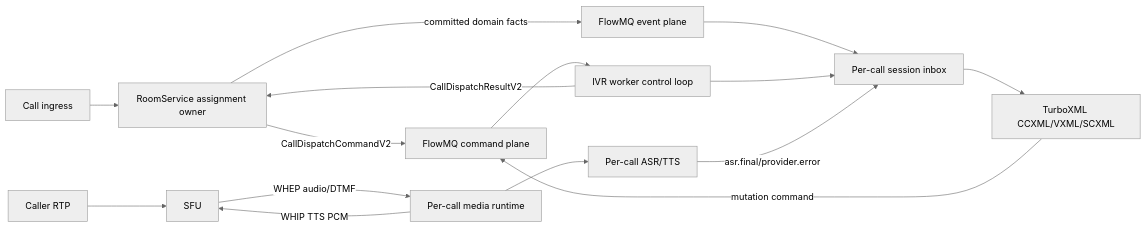
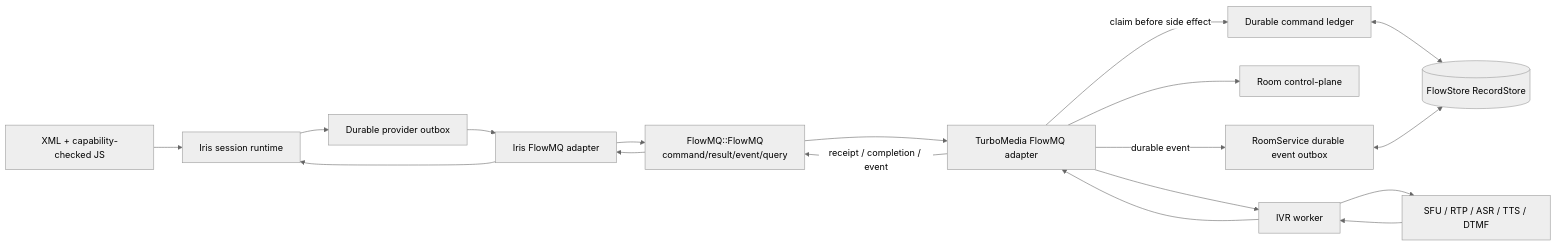
Before and after one commit to qigao/turbomedia: the first of 9 diagrams in webrtc/docs/ivr-production-readiness-design-zh.md, drawn with Mermaid (neutral theme). The commit also changed other lines of this file and 133 other files, not shown here.

Commit message:
refactor(webrtc): work mode update - [x] webtc/sip as standalone server - [x] remove turboxml support from webrtc - [x] sync with FlowMQ update - [x] talk to xml server with flowmq

````diff
--- a/webrtc/docs/ivr-production-readiness-design-zh.md
+++ b/webrtc/docs/ivr-production-readiness-design-zh.md
@@ -65,18 +80,25 @@
 ```mermaid
 flowchart LR
-    I[Call ingress] --> A[RoomService assignment owner]
-    A -->|CallDispatchCommandV2| C[FlowMQ command plane]
-    C --> W[IVR worker control loop]
-    W -->|CallDispatchResultV2| A
-    A -->|committed domain facts| E[FlowMQ event plane]
-    E --> S[Per-call session inbox]
-    W --> S
-    S --> X[TurboXML CCXML/VXML/SCXML]
-    X -->|mutation command| C
+  XML[XML + capability-checked JS]
+  Iris[Iris session runtime]
+  Outbox[Durable provider outbox]
+  IrisFMQ[Iris FlowMQ adapter]
+  FlowMQ[FlowMQ::FlowMQ<br/>command/result/event/query]
+  MediaFMQ[TurboMedia FlowMQ adapter]
+  CommandLedger[Durable command ledger]
+  RoomCore[Room control-plane]
+  Worker[IVR worker]
+  Media[SFU / RTP / ASR / TTS / DTMF]
+  EventOutbox[RoomService durable event outbox]
+  FlowStore[(FlowStore RecordStore)]
 
-    R[Caller RTP] --> F[SFU]
-    F -->|WHEP audio/DTMF| M[Per-call media runtime]
-    M --> P[Per-call ASR/TTS]
-    P -->|asr.final/provider.error| S
-    M -->|WHIP TTS PCM| F
+  XML --> Iris --> Outbox --> IrisFMQ --> FlowMQ --> MediaFMQ
+  MediaFMQ -->|claim before side effect| CommandLedger
+  MediaFMQ --> RoomCore
+  MediaFMQ --> Worker --> Media
+  CommandLedger <--> FlowStore
+  Media --> Worker --> MediaFMQ
+  MediaFMQ -->|durable event| EventOutbox
+  EventOutbox <--> FlowStore
+  MediaFMQ -->|receipt / completion / event| FlowMQ --> IrisFMQ --> Iris
 ```
````
